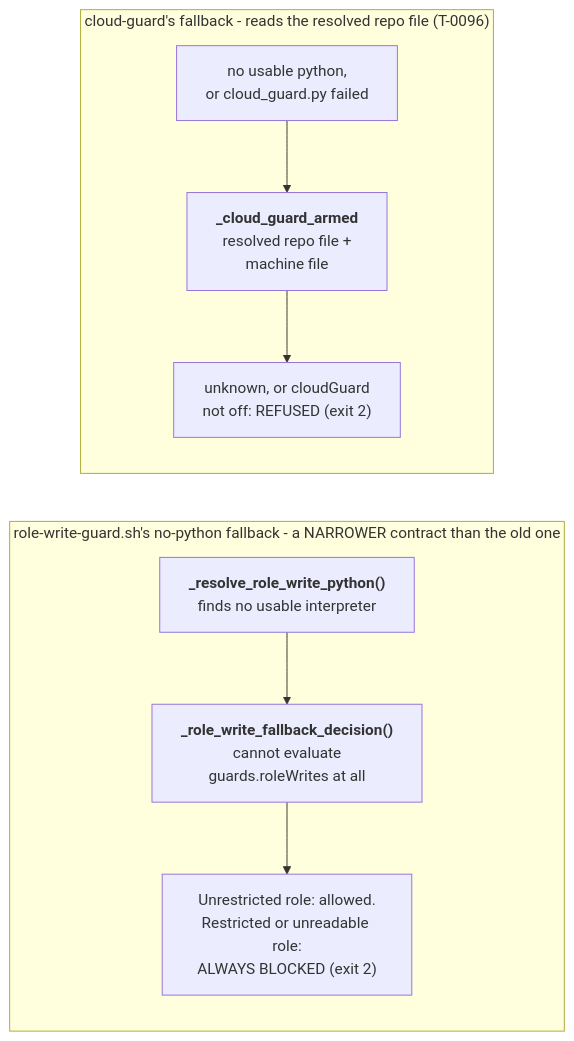
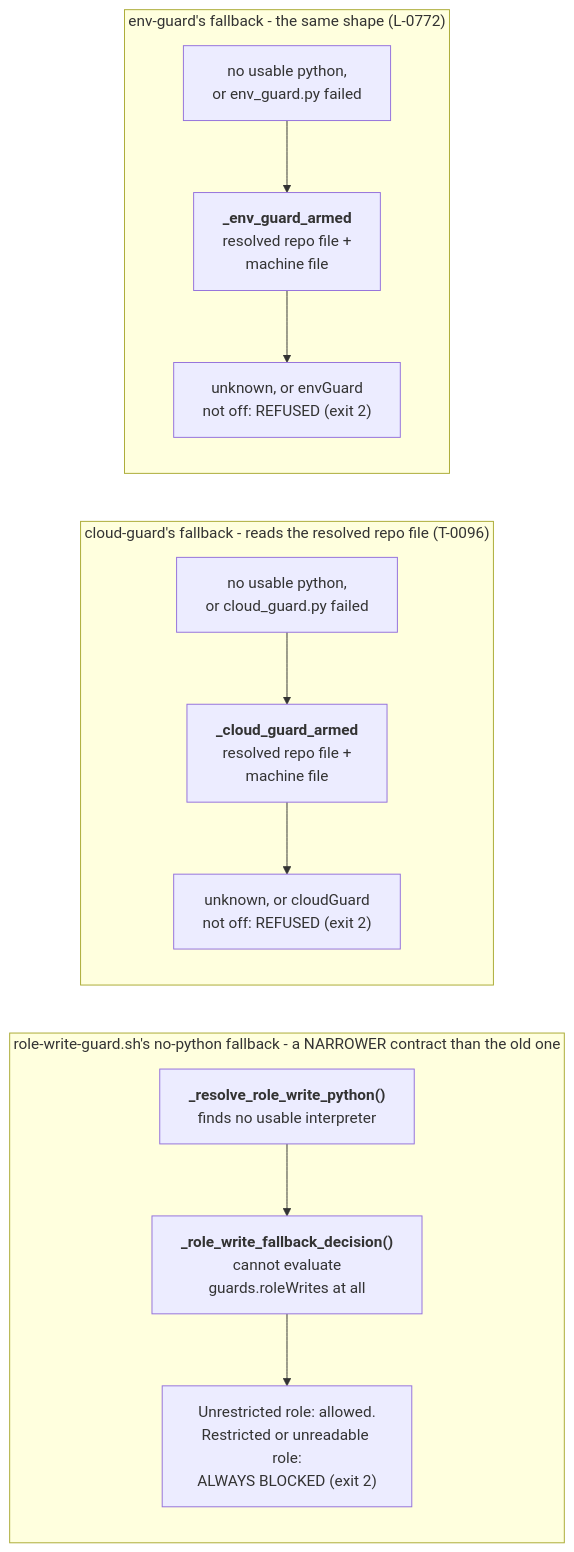
One commit to mbadali25/useful-claude-add-ons changed the diagram in docs/diagrams/data-flow-crew-config-no-python.mmd. Above: the diagram before and after it, drawn with Mermaid. The commit also changed 5 other files, not shown here.

First line of the commit message:
L-0772: the python fallback reads the resolved repo layer; pylint R0916; diagrams

```diff
--- a/docs/diagrams/data-flow-crew-config-no-python.mmd
+++ b/docs/diagrams/data-flow-crew-config-no-python.mmd
@@ -1,43 +1,58 @@
 %% Generated from useful-claude-add-ons@452b30cc on 2026-10-02. Verify before trusting.
-%% Anchors: plugin/crew/hooks/scripts/role-write-guard.sh, plugin/crew/hooks/scripts/cloud-guard.sh
+%% Anchors: plugin/crew/hooks/scripts/role-write-guard.sh, plugin/crew/hooks/scripts/cloud-guard.sh, plugin/crew/hooks/scripts/env-guard.sh
+%% Re-drawn for L-0772 on 2026-10-11: the environment guard's fallback (EG1-EG3), read at L-0772-env-guard.
 %% Re-drawn for T-0096 on 2026-10-04: the cloud guard's fallback (CG1-CG3), read at T-0096-build.
-%% Purpose: What two guards do when they cannot find python: role-write-guard.sh cannot read guards.roleWrites, so it always blocks a restricted role; cloud-guard.sh reads cloudGuard crudely from the resolved repo file and the machine file, and refuses when armed or when git cannot name a lane's main checkout.
+%% Purpose: What three guards do when they cannot find python: role-write-guard.sh cannot read guards.roleWrites, so it always blocks a restricted role; cloud-guard.sh reads cloudGuard crudely from the resolved repo file and the machine file, and refuses when armed or when git cannot name a lane's main checkout; env-guard.sh does the same for envGuard.
 %% Split from data-flow-crew-config.mmd (the overview); edges to other parts are drawn there.
 %%  6. role-write-guard.sh's no-python fallback (:301-346) is a NEW, narrower
 %%     contract, not the old policy-reading fallback (removed): without a
 %%     working python it cannot evaluate guards.roleWrites at all, so it only
 %%     tells a restricted role from an unrestricted one and fails CLOSED for
 %%     the restricted side - "off"/"report" and pm's own path allowances
 %%     require python to take effect; a restricted role's write is ALWAYS
 %%     blocked with no python on PATH.
 %% Note NP1: _resolve_role_write_python() plugin/crew/hooks/scripts/role-write-guard.sh:44- fails to find a
 %%    usable interpreter
 %% Note NP2: _role_write_fallback_decision() :326-346. Cannot evaluate guards.roleWrites (off/report/pm's own
 %%    path allowances) at all - only tells a restricted role from an unrestricted one via the deny-list mirror
 %% Note NP3: Unrestricted role: allowed unjudged. Restricted role (pm or _DENY_ROLES) OR a role this fallback
 %%    could not even read: ALWAYS BLOCKED (exit 2), regardless of what guards.roleWrites actually says
 %%    :339-345
 %% Note CG1: crew_py_strict plugin/crew/hooks/scripts/_common.sh finds no usable interpreter, or
 %%    cloud_guard.py exits non-zero (cloud-guard.sh:55-78)
 %% Note CG2: _cloud_guard_armed plugin/crew/hooks/scripts/cloud-guard.sh:40; armed when the resolver is missing. The repo file is
 %%    crew_repo_config_dir's (_common.sh:328): a lane with no config of its own reads the main checkout's.
 %%    Twin: Test-CloudGuardArmed in cloud-guard.ps1 through Get-CrewRepoConfigDir.
 %% Note CG3: source unknown, or any cloudGuard value other than off in either file: exit 2 (refuse).
 %%    Otherwise exit 0, unjudged.
+%% Note EG1: crew_py_strict finds no usable interpreter, or env_guard.py exits non-zero (env-guard.sh:53-76).
+%% Note EG2: _env_guard_armed plugin/crew/hooks/scripts/env-guard.sh:38, the same shape as _cloud_guard_armed: armed when
+%%    the resolver is missing; the repo file is crew_repo_config_dir's. Twins: Test-EnvGuardArmed in env-guard.ps1,
+%%    and env_guard._crude_armed in python when crew's own config readers raise.
+%% Note EG3: source unknown, or any envGuard value other than off in either file: exit 2 (refuse). Otherwise
+%%    exit 0, unjudged.
 flowchart LR
 
     subgraph NoPython["role-write-guard.sh's no-python fallback - a NARROWER contract than the old one"]
         direction TB
         NP1["<b>_resolve_role_write_python()</b><br/>finds no usable interpreter"]
         NP2["<b>_role_write_fallback_decision()</b><br/>cannot evaluate<br/>guards.roleWrites at all"]
         NP3["Unrestricted role: allowed.<br/>Restricted or unreadable role:<br/>ALWAYS BLOCKED (exit 2)"]
         NP1 --> NP2 --> NP3
     end
 
     subgraph CloudNoPython["cloud-guard's fallback - reads the resolved repo file (T-0096)"]
         direction TB
         CG1["no usable python,<br/>or cloud_guard.py failed"]
         CG2["<b>_cloud_guard_armed</b><br/>resolved repo file +<br/>machine file"]
         CG3["unknown, or cloudGuard<br/>not off: REFUSED (exit 2)"]
         CG1 --> CG2 --> CG3
     end
+
+    subgraph EnvNoPython["env-guard's fallback - the same shape (L-0772)"]
+        direction TB
+        EG1["no usable python,<br/>or env_guard.py failed"]
+        EG2["<b>_env_guard_armed</b><br/>resolved repo file +<br/>machine file"]
+        EG3["unknown, or envGuard<br/>not off: REFUSED (exit 2)"]
+        EG1 --> EG2 --> EG3
+    end
```
